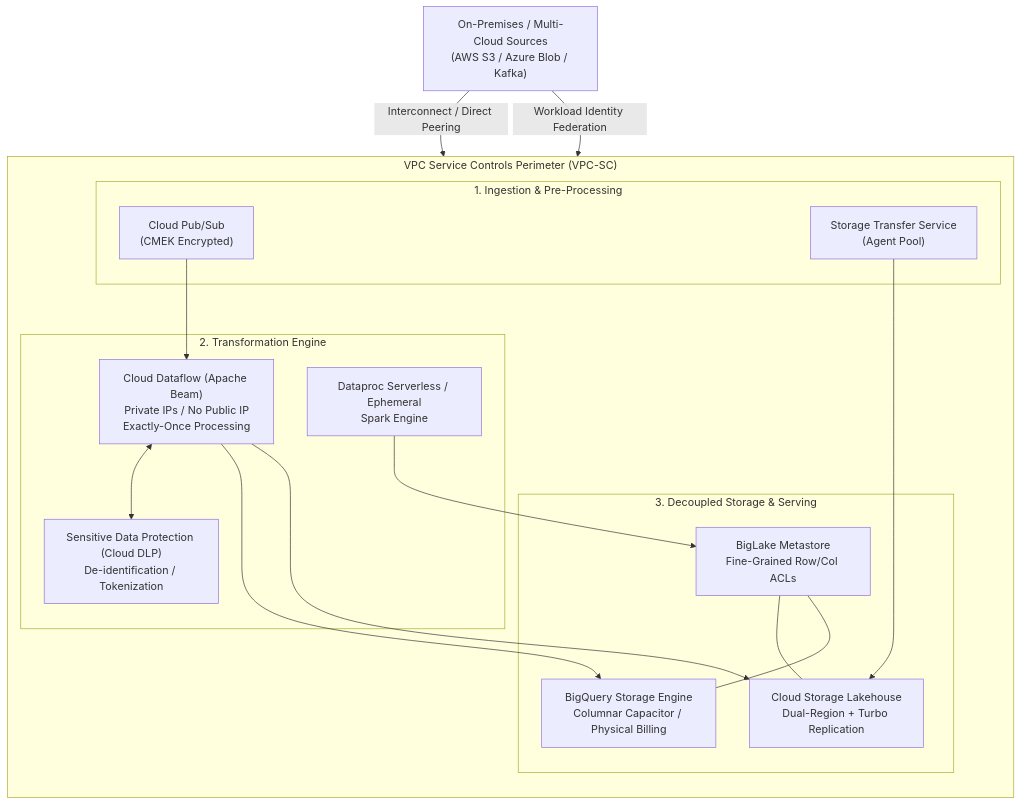
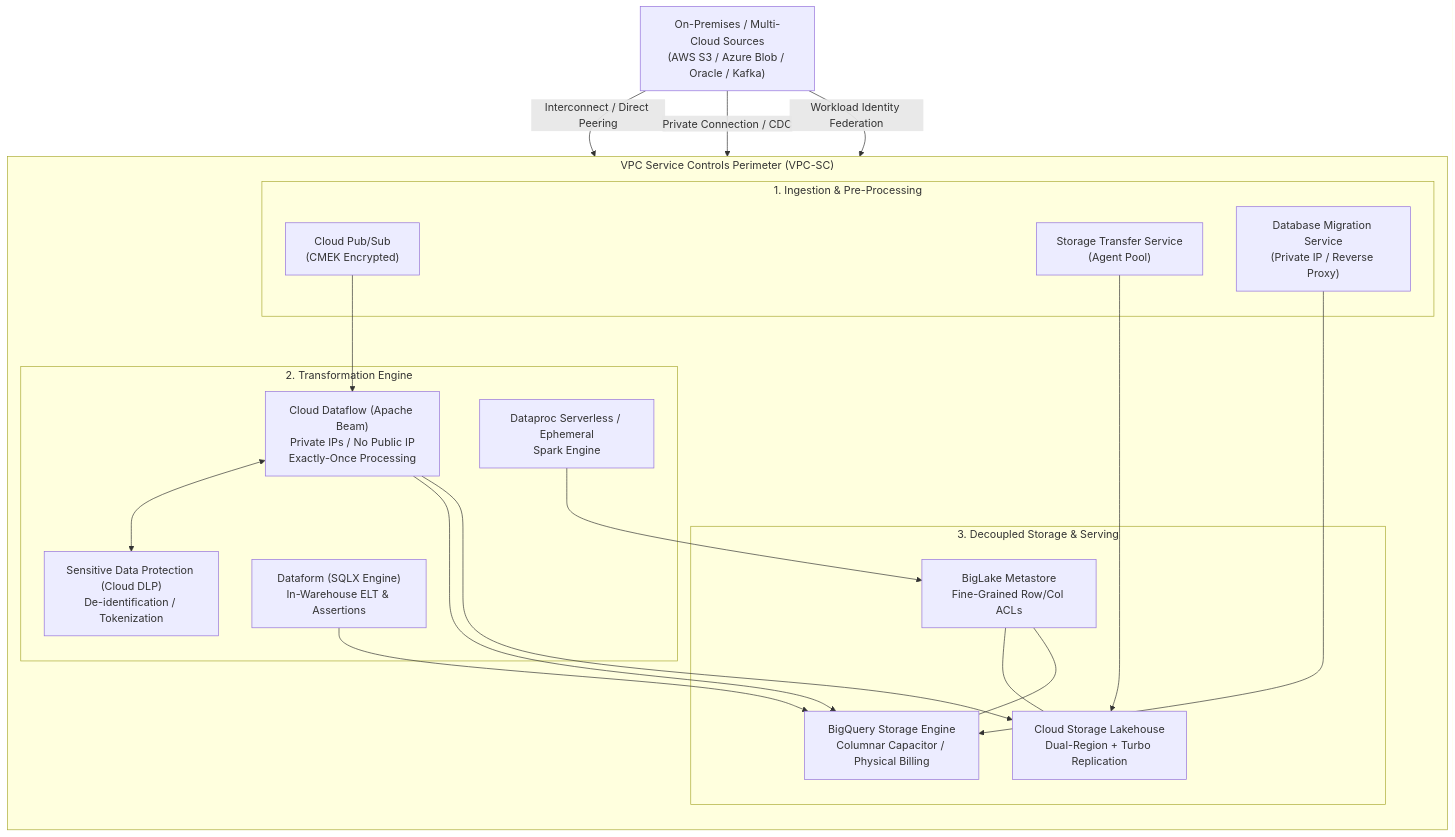
The first of 6 diagrams in 04_phase3_exam_domains/domain_1_designing_data_processing_systems.md (rohithvishaal/GCP_PDE_Notes), drawn with Mermaid before and after one commit. The commit also changed other lines of this file and 8 other files, not shown here.

````diff
--- a/04_phase3_exam_domains/domain_1_designing_data_processing_systems.md
+++ b/04_phase3_exam_domains/domain_1_designing_data_processing_systems.md
@@ -11,33 +11,38 @@
 ```mermaid
 flowchart TD
     subgraph Enterprise_Security_Perimeter["VPC Service Controls Perimeter (VPC-SC)"]
         direction TB
         subgraph Ingestion_Layer["1. Ingestion & Pre-Processing"]
             PS["Cloud Pub/Sub<br/>(CMEK Encrypted)"]
             STS["Storage Transfer Service<br/>(Agent Pool)"]
+            DMS["Database Migration Service<br/>(Private IP / Reverse Proxy)"]
         end
 
         subgraph Processing_Layer["2. Transformation Engine"]
             DF["Cloud Dataflow (Apache Beam)<br/>Private IPs / No Public IP<br/>Exactly-Once Processing"]
             DP["Dataproc Serverless / Ephemeral<br/>Spark Engine"]
             SDP["Sensitive Data Protection (Cloud DLP)<br/>De-identification / Tokenization"]
+            DFORM["Dataform (SQLX Engine)<br/>In-Warehouse ELT & Assertions"]
         end
 
         subgraph Storage_and_Serving["3. Decoupled Storage & Serving"]
             GCS["Cloud Storage Lakehouse<br/>Dual-Region + Turbo Replication"]
             BQ["BigQuery Storage Engine<br/>Columnar Capacitor / Physical Billing"]
             BL["BigLake Metastore<br/>Fine-Grained Row/Col ACLs"]
         end
     end
 
-    ExtSources["On-Premises / Multi-Cloud Sources<br/>(AWS S3 / Azure Blob / Kafka)"] -->|Interconnect / Direct Peering| STS
+    ExtSources["On-Premises / Multi-Cloud Sources<br/>(AWS S3 / Azure Blob / Oracle / Kafka)"] -->|Interconnect / Direct Peering| STS
+    ExtSources -->|Private Connection / CDC| DMS
     ExtSources -->|Workload Identity Federation| PS
     PS --> DF
     STS --> GCS
+    DMS --> BQ
     DF <--> SDP
     DF --> BQ
     DF --> GCS
     DP --> BL
+    DFORM --> BQ
     BL --- GCS
     BL --- BQ
 ```
````
